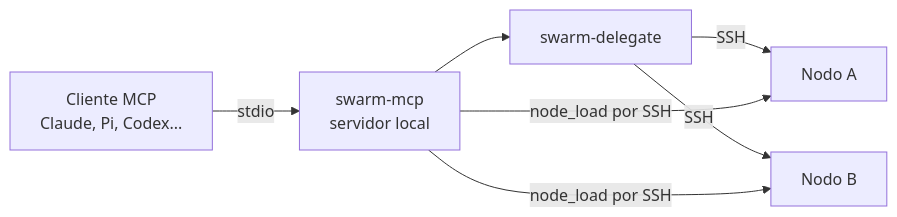
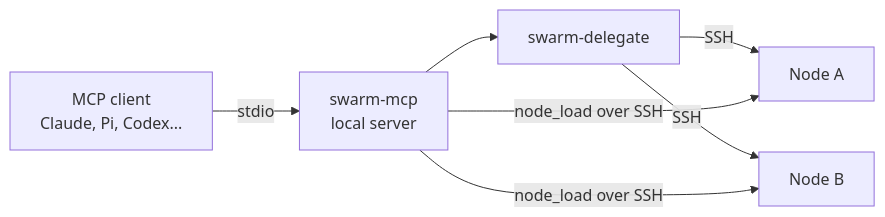
One commit to LeonardoX77/agent-swarm changed the first of 2 diagrams in docs/features/load-aware-delegation-mcp.md. Above: the diagram before and after it, drawn with Mermaid. The commit also changed other lines of this file and 25 other files, not shown here.

````diff
--- a/docs/features/load-aware-delegation-mcp.md
+++ b/docs/features/load-aware-delegation-mcp.md
@@ -42,9 +42,9 @@
 ```mermaid
 flowchart LR
-    C["Cliente MCP<br/>Claude, Pi, Codex..."] -- stdio --> S["swarm-mcp<br/>servidor local"]
+    C["MCP client<br/>Claude, Pi, Codex..."] -- stdio --> S["swarm-mcp<br/>local server"]
     S --> D["swarm-delegate"]
-    D -- SSH --> N1["Nodo A"]
-    D -- SSH --> N2["Nodo B"]
-    S -- "node_load por SSH" --> N1
-    S -- "node_load por SSH" --> N2
+    D -- SSH --> N1["Node A"]
+    D -- SSH --> N2["Node B"]
+    S -- "node_load over SSH" --> N1
+    S -- "node_load over SSH" --> N2
 ```
````
